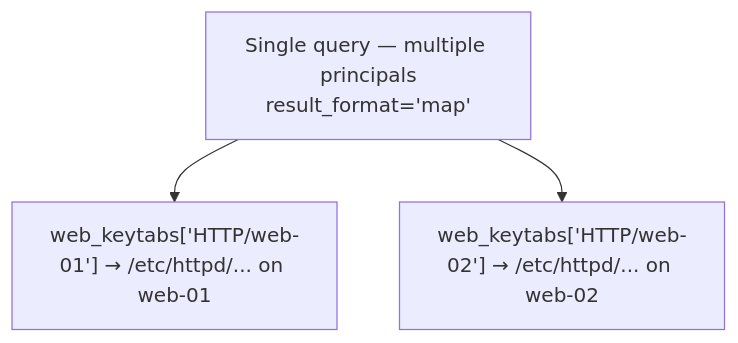
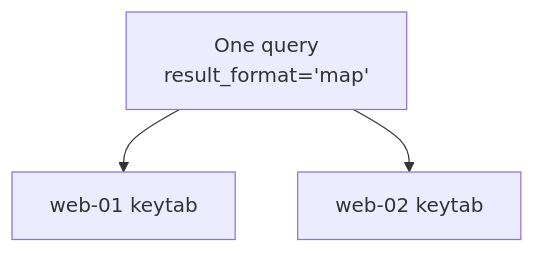
Before and after one commit to gprocunier/eigenstate-ipa: the fifth of 8 diagrams in docs/keytab-capabilities.md, drawn with Mermaid. The commit also changed other lines of this file and 12 other files, not shown here.

Commit message:
Clean up Mermaid diagrams across docs

````diff
--- a/docs/keytab-capabilities.md
+++ b/docs/keytab-capabilities.md
@@ -172,9 +172,9 @@
 ```mermaid
 flowchart TD
-    lookup["Single query — multiple principals\nresult_format='map'"]
-    web01["web_keytabs['HTTP/web-01'] → /etc/httpd/... on web-01"]
-    web02["web_keytabs['HTTP/web-02'] → /etc/httpd/... on web-02"]
+    lookup["One query\nresult_format='map'"]
+    web01["web-01 keytab"]
+    web02["web-02 keytab"]
 
     lookup --> web01
     lookup --> web02
 ```
````
